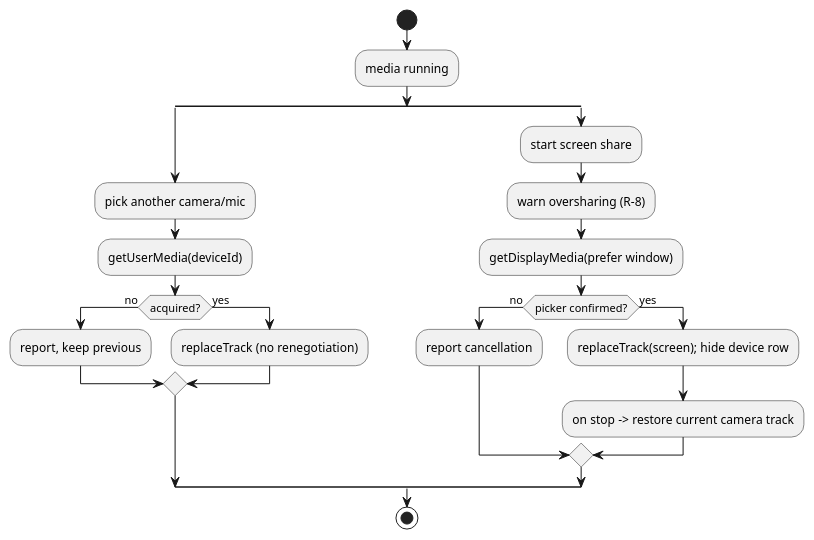
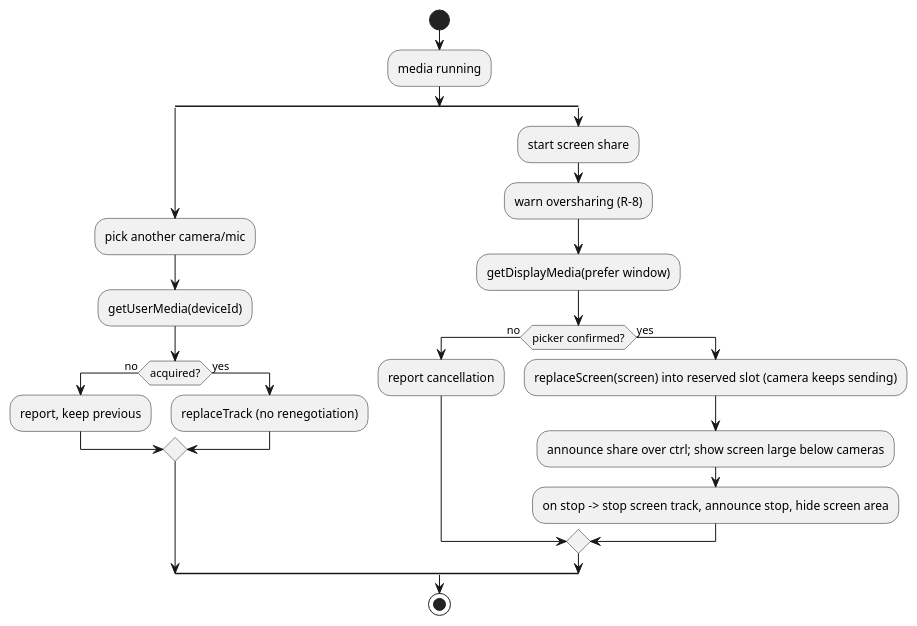
The second of 5 diagrams in src/docs/spec.adoc (raifdmueller/ultrathink.call), drawn with PlantUML before and after one commit. The commit also changed other lines of this file and 10 other files, not shown here.

First line of the commit message:
feat: screen share alongside the camera, shown large below the tiles (#67)

```diff
--- a/src/docs/spec.adoc
+++ b/src/docs/spec.adoc
@@ -319,27 +323,28 @@
 [plantuml,media-switch,svg]
 ----
 @startuml
 start
 :media running;
 split
   :pick another camera/mic;
   :getUserMedia(deviceId);
   if (acquired?) then (no)
     :report, keep previous;
   else (yes)
     :replaceTrack (no renegotiation);
   endif
 split again
   :start screen share;
   :warn oversharing (R-8);
   :getDisplayMedia(prefer window);
   if (picker confirmed?) then (no)
     :report cancellation;
   else (yes)
-    :replaceTrack(screen); hide device row;
-    :on stop -> restore current camera track;
+    :replaceScreen(screen) into reserved slot (camera keeps sending);
+    :announce share over ctrl; show screen large below cameras;
+    :on stop -> stop screen track, announce stop, hide screen area;
   endif
 endsplit
 stop
 @enduml
 ----
```
